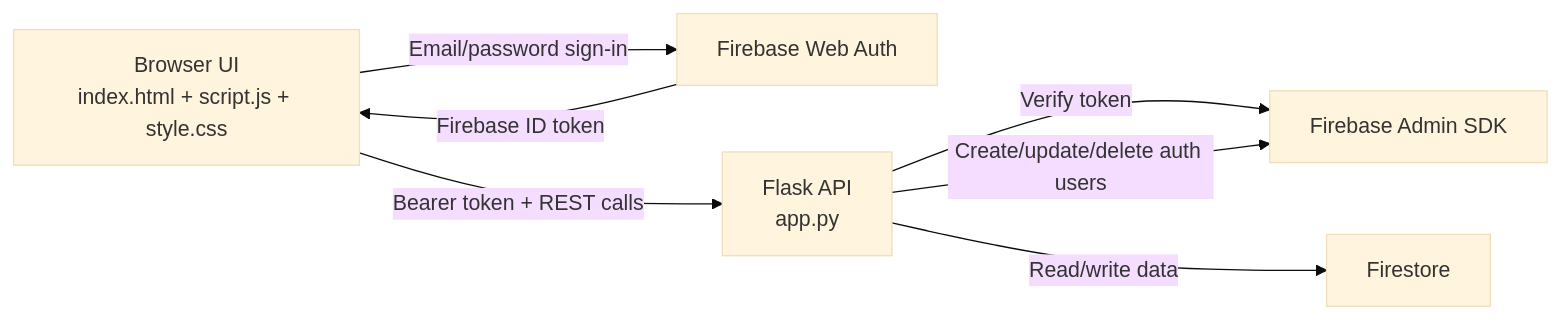
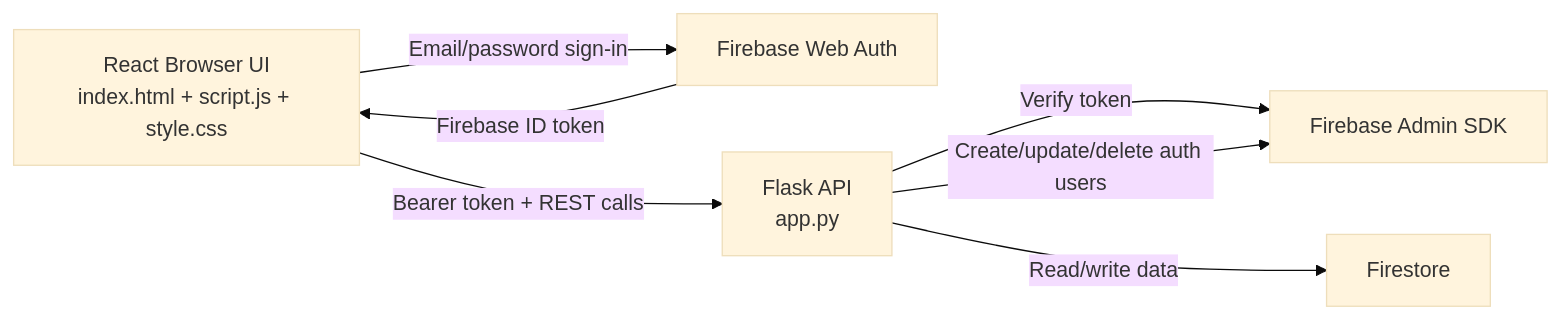
The first of 2 diagrams in README.md (Keerthanm17/attandance_system), drawn with Mermaid (base theme) before and after one commit. The commit also changed other lines of this file and 4 other files, not shown here.

````diff
--- a/README.md
+++ b/README.md
@@ -52,15 +52,15 @@
 ```mermaid
 flowchart LR
-    A[Browser UI<br/>index.html + script.js + style.css]
+    A[React Browser UI<br/>index.html + script.js + style.css]
     B[Firebase Web Auth]
     C[Flask API<br/>app.py]
     D[Firebase Admin SDK]
     E[Firestore]
 
     A -->|Email/password sign-in| B
     B -->|Firebase ID token| A
     A -->|Bearer token + REST calls| C
     C -->|Verify token| D
     C -->|Create/update/delete auth users| D
     C -->|Read/write data| E
 ```
````
